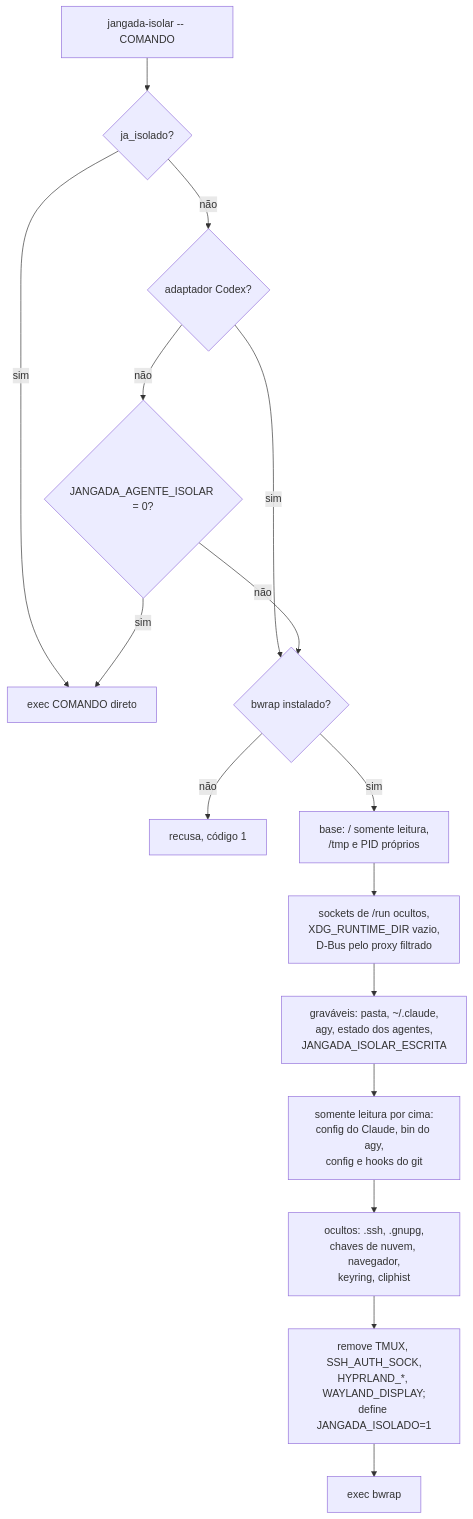
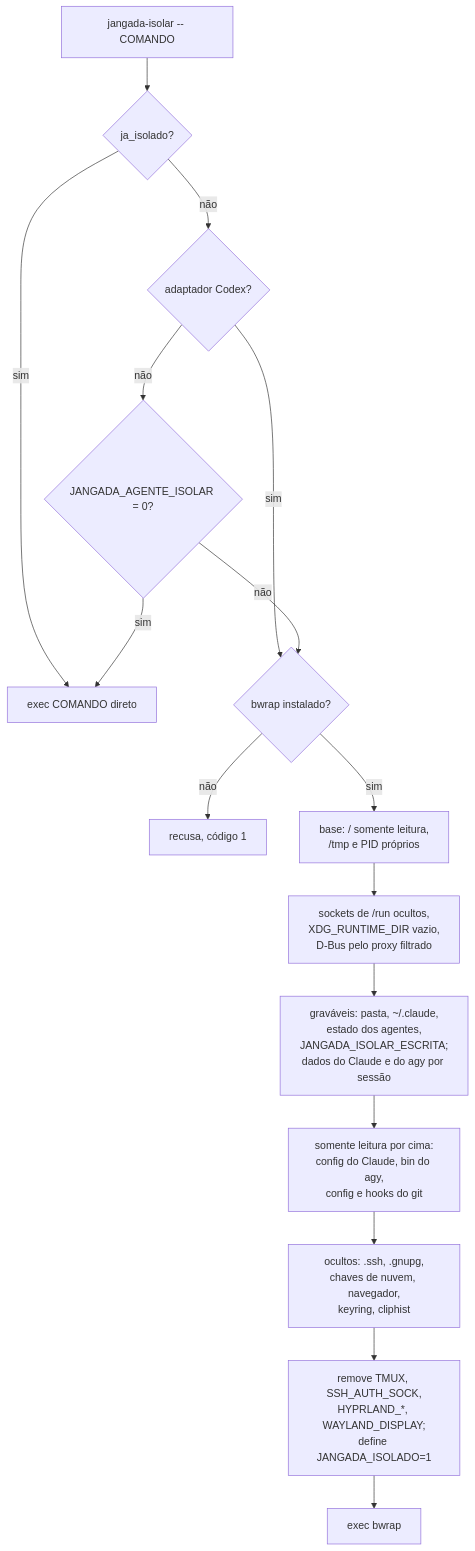
The second of 3 diagrams in docs/isolamento.md (felipintoslv/jangada-core), drawn with Mermaid before and after one commit. The commit also changed other lines of this file and 5 other files, not shown here.

Commit message:
docs: dados por sessao dos provedores, credenciais compartilhadas e migracao de aviso

````diff
--- a/docs/isolamento.md
+++ b/docs/isolamento.md
@@ -94,18 +96,18 @@
 ```mermaid
 flowchart TD
     A[jangada-isolar -- COMANDO] --> B{ja_isolado?}
     B -- sim --> X[exec COMANDO direto]
     B -- não --> O{adaptador Codex?}
     O -- sim --> C{bwrap instalado?}
     O -- não --> P{JANGADA_AGENTE_ISOLAR = 0?}
     P -- sim --> X
     P -- não --> C
     C -- não --> F[recusa, código 1]
     C -- sim --> D[base: / somente leitura,<br>/tmp e PID próprios]
     D --> E[sockets de /run ocultos,<br>XDG_RUNTIME_DIR vazio,<br>D-Bus pelo proxy filtrado]
-    E --> G[graváveis: pasta, ~/.claude,<br>agy, estado dos agentes,<br>JANGADA_ISOLAR_ESCRITA]
+    E --> G[graváveis: pasta, ~/.claude,<br>estado dos agentes,<br>JANGADA_ISOLAR_ESCRITA;<br>dados do Claude e do agy por sessão]
     G --> H[somente leitura por cima:<br>config do Claude, bin do agy,<br>config e hooks do git]
     H --> I[ocultos: .ssh, .gnupg,<br>chaves de nuvem, navegador,<br>keyring, cliphist]
     I --> J[remove TMUX, SSH_AUTH_SOCK,<br>HYPRLAND_*, WAYLAND_DISPLAY;<br>define JANGADA_ISOLADO=1]
     J --> K[exec bwrap]
 ```
````
